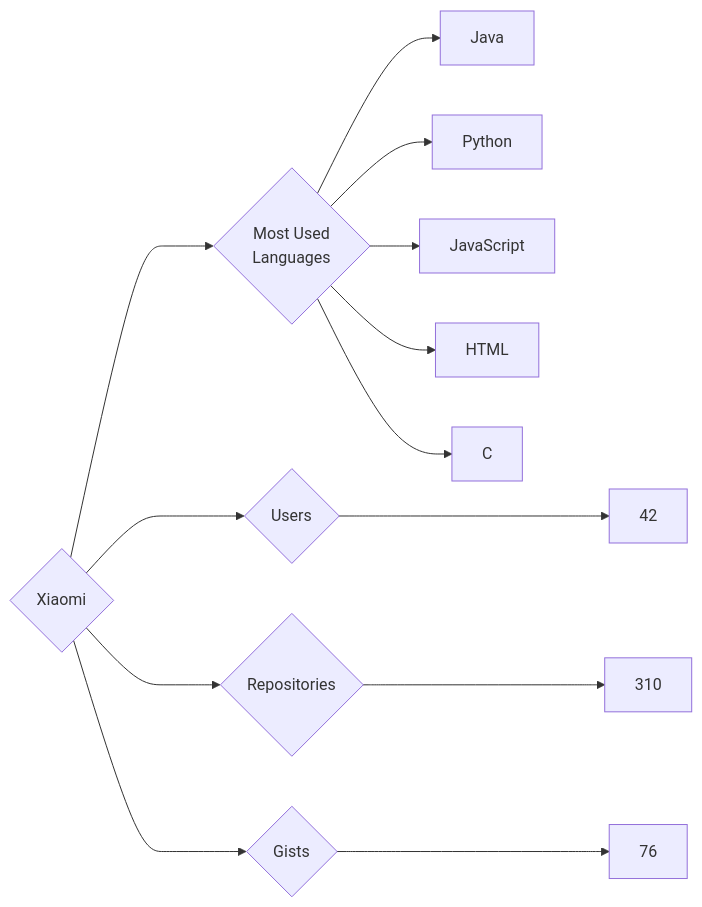
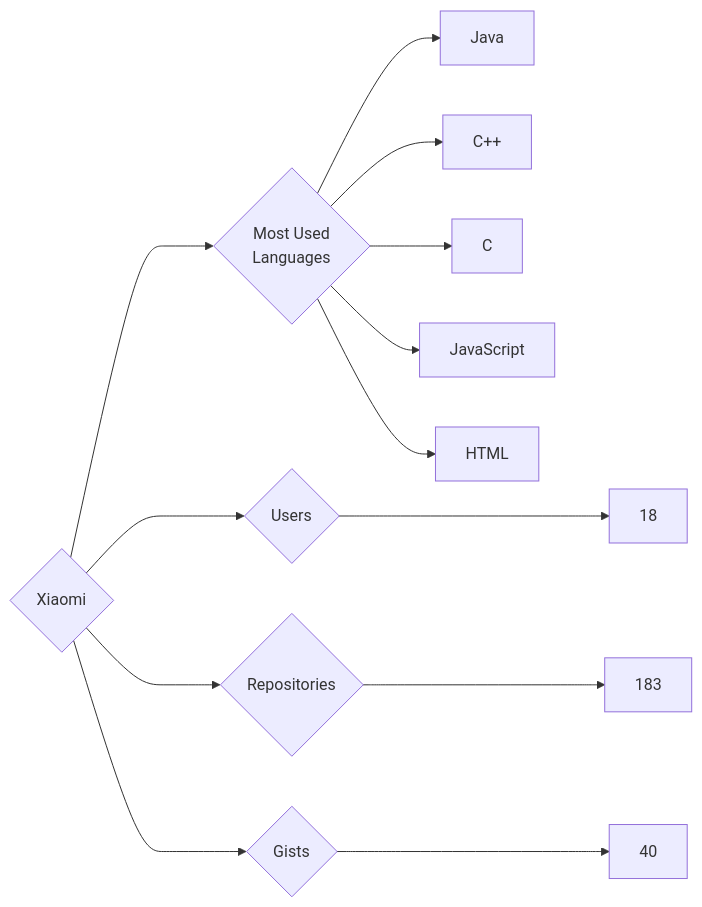
One commit to trickest/insiders changed the diagram in targets/Xiaomi/README.md. Above: the diagram before and after it, drawn with Mermaid. The commit also changed 878 other files, not shown here.

````diff
--- a/targets/Xiaomi/README.md
+++ b/targets/Xiaomi/README.md
@@ -3,13 +3,13 @@
 ```mermaid
 graph LR
 COMPANY_NAME{Xiaomi}
-COMPANY_NAME ---> U{Users} ---> UN[42]
-COMPANY_NAME ---> R{Repositories} ---> RN[310]
-COMPANY_NAME ---> G{Gists} ---> GN[76]
+COMPANY_NAME ---> U{Users} ---> UN[18]
+COMPANY_NAME ---> R{Repositories} ---> RN[183]
+COMPANY_NAME ---> G{Gists} ---> GN[40]
 COMPANY_NAME ---> ML{Most Used<br>Languages}
 ML --> Java[Java]
-ML --> Python[Python]
+ML --> C++[C++]
+ML --> C[C]
 ML --> JavaScript[JavaScript]
 ML --> HTML[HTML]
-ML --> C[C]
 ```
````
